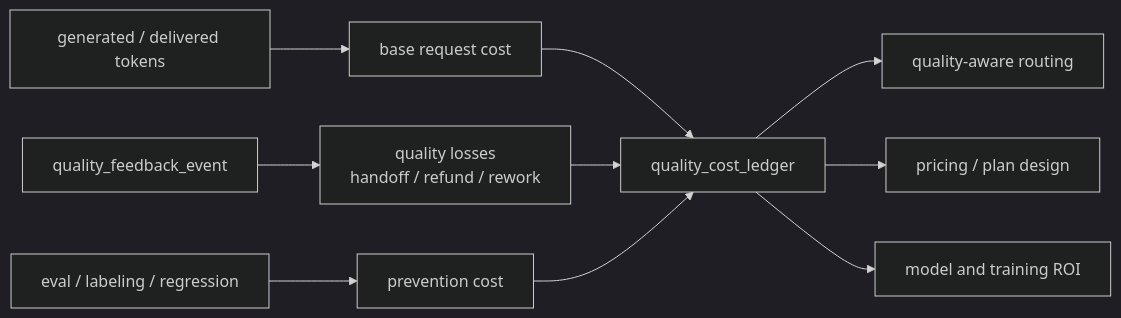
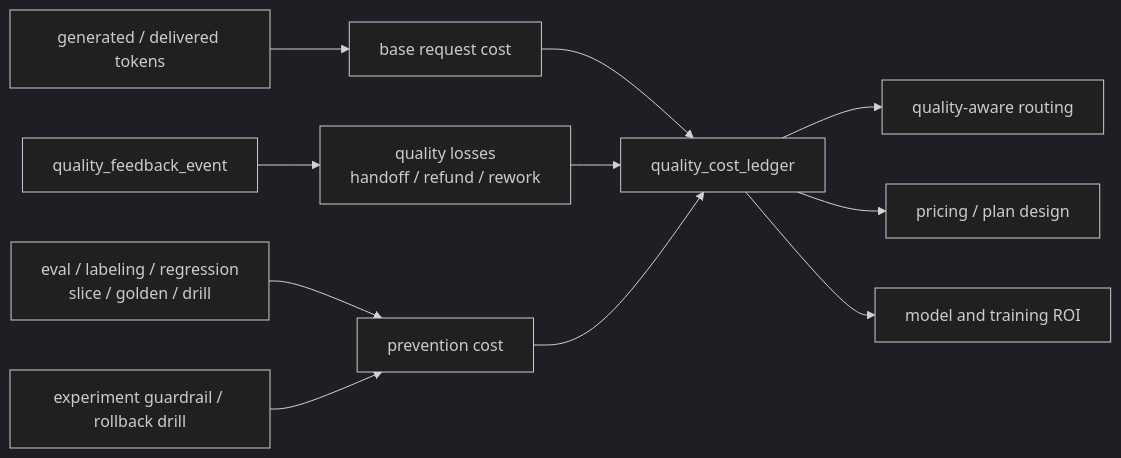
Before and after one commit to ikingye/ai-factory-engineering: the third of 3 diagrams in docs/part-10-economics-cases/chapter-41-token-factory.md, drawn with Mermaid (dark theme). The commit also changed other lines of this file and 7 other files, not shown here.

````diff
--- a/docs/part-10-economics-cases/chapter-41-token-factory.md
+++ b/docs/part-10-economics-cases/chapter-41-token-factory.md
@@ -802,12 +842,13 @@
 ```mermaid
 flowchart LR
   Tokens["generated / delivered tokens"] --> Base["base request cost"]
   Feedback["quality_feedback_event"] --> Loss["quality losses\nhandoff / refund / rework"]
-  Eval["eval / labeling / regression"] --> Prevent["prevention cost"]
+  Eval["eval / labeling / regression\nslice / golden / drill"] --> Prevent["prevention cost"]
+  Guardrail["experiment guardrail / rollback drill"] --> Prevent
   Base --> QCost["quality_cost_ledger"]
   Loss --> QCost
   Prevent --> QCost
   QCost --> Route["quality-aware routing"]
   QCost --> Pricing["pricing / plan design"]
   QCost --> ROI["model and training ROI"]
 ```
````
